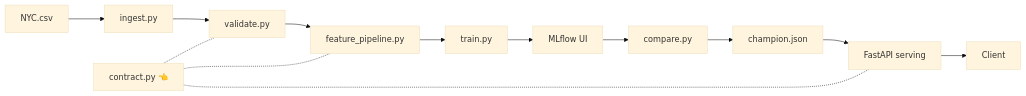
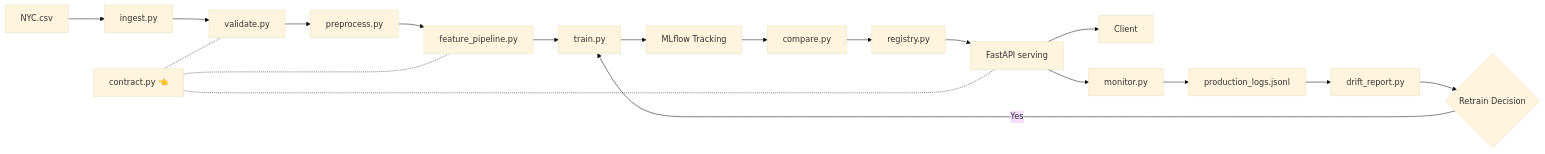
Before and after one commit to sharma-nidhi/nyc-ride-eta-pipeline: the first of 2 diagrams in README.md, drawn with Mermaid (base theme). The commit also changed other lines of this file and 19 other files, not shown here.

First line of the commit message:
feat(monitoring): implement drift simulation and detection pipeline

````diff
--- a/README.md
+++ b/README.md
@@ -244,15 +11,22 @@
 ```mermaid
 graph LR
-    raw["NYC.csv"] --> inject
-    inject["ingest.py"] --> valid
-    valid["validate.py"] --> fp
-    fp["feature_pipeline.py"] --> train
-    train["train.py"] --> mlflow
-    mlflow["MLflow UI"] --> compare
-    compare["compare.py"] --> registry
-    registry["champion.json"] --> api
+    raw["NYC.csv"] --> ingest["ingest.py"]
+    ingest --> valid["validate.py"]
+    valid --> preprocess["preprocess.py"]
+    preprocess --> fp["feature_pipeline.py"]
+    fp --> train["train.py"]
+    train --> mlflow["MLflow Tracking"]
+    mlflow --> compare["compare.py"]
+    compare --> registry["registry.py"]
+    registry --> api["FastAPI serving"]
+    api --> user["Client"]
+    api --> monitor["monitor.py"]
+    monitor --> logs["production_logs.jsonl"]
+    logs --> drift["drift_report.py"]
+    drift --> decision{"Retrain Decision"}
+    decision -- "Yes" --> train
+    
     contract["contract.py 👈"] -.- valid
     contract -.- fp
     contract -.- api
-    api["FastAPI serving"] --> user["Client"]
 ```
````
